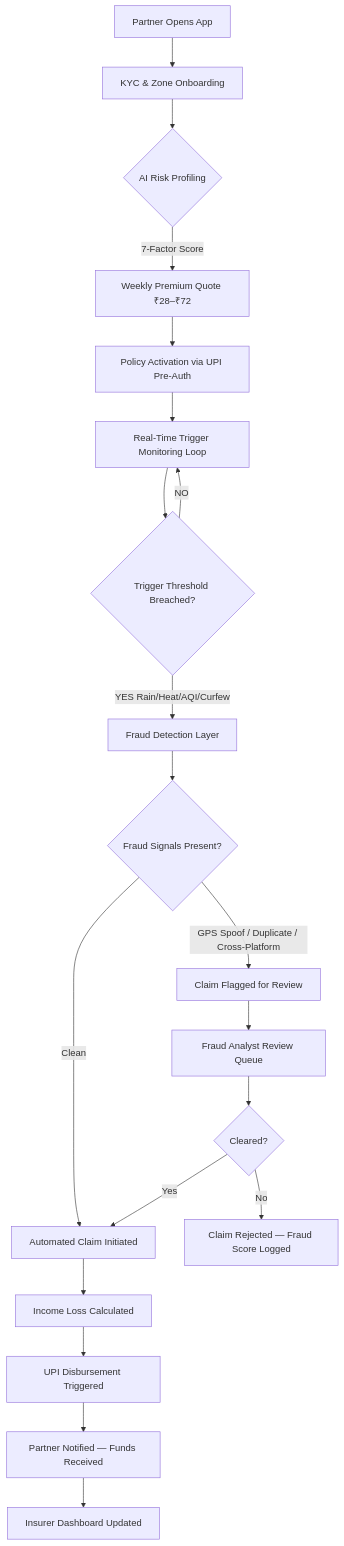
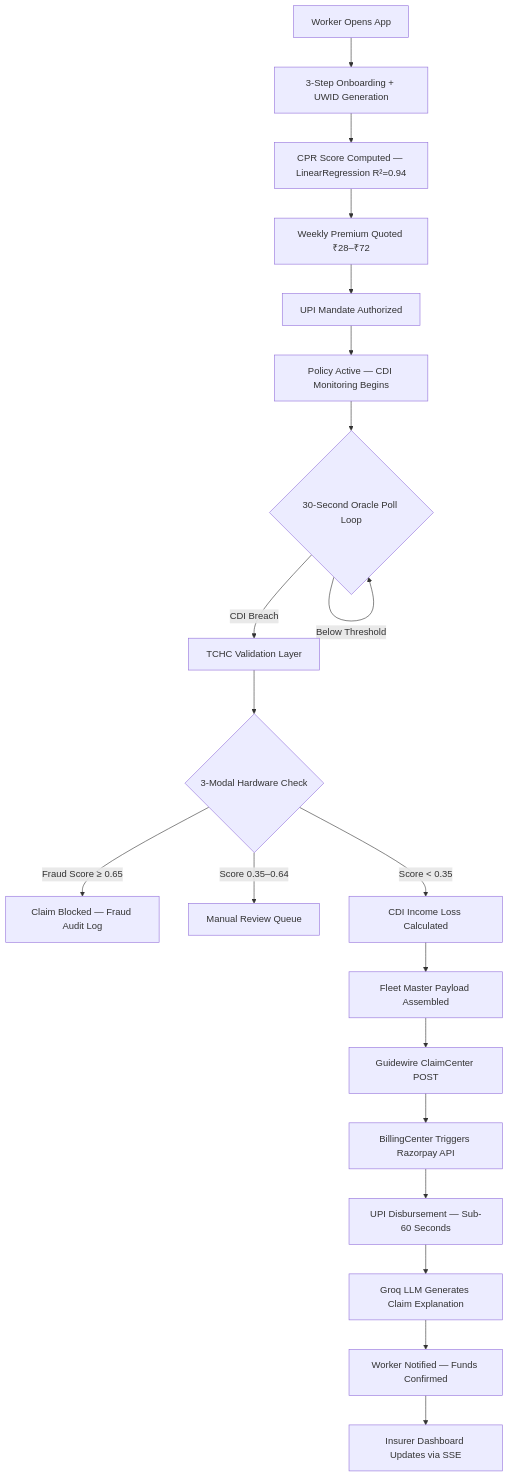
Before and after one commit to NavneethKonduru/CovA-Parametric-Income-Protection-Guidewire-Devtrails-2026: the diagram in README.md, drawn with Mermaid. The commit also changed other lines of this file and 34 other files, not shown here.

````diff
--- a/README.md
+++ b/README.md
@@ -95,26 +284,25 @@
 ```mermaid
 flowchart TD
-    A[Partner Opens App] --> B[KYC & Zone Onboarding]
-    B --> C{AI Risk Profiling}
-    C -->|7-Factor Score| D[Weekly Premium Quote ₹28–₹72]
-    D --> E[Policy Activation via UPI Pre-Auth]
-    E --> F[Real-Time Trigger Monitoring Loop]
+    A[Worker Opens App] --> B[3-Step Onboarding + UWID Generation]
+    B --> C[CPR Score Computed — LinearRegression R²=0.94]
+    C --> D[Weekly Premium Quoted ₹28–₹72]
+    D --> E[UPI Mandate Authorized]
+    E --> F[Policy Active — CDI Monitoring Begins]
 
-    F --> G{Trigger Threshold Breached?}
-    G -->|NO| F
-    G -->|YES Rain/Heat/AQI/Curfew| H[Fraud Detection Layer]
+    F --> G{30-Second Oracle Poll Loop}
+    G -->|Below Threshold| G
+    G -->|CDI Breach| H[TCHC Validation Layer]
 
-    H --> I{Fraud Signals Present?}
-    I -->|GPS Spoof / Duplicate / Cross-Platform| J[Claim Flagged for Review]
-    I -->|Clean| K[Automated Claim Initiated]
+    H --> I{3-Modal Hardware Check}
+    I -->|Fraud Score ≥ 0.65| J[Claim Blocked — Fraud Audit Log]
+    I -->|Score 0.35–0.64| K[Manual Review Queue]
+    I -->|Score < 0.35| L[CDI Income Loss Calculated]
 
-    K --> L[Income Loss Calculated]
-    L --> M[UPI Disbursement Triggered]
-    M --> N[Partner Notified — Funds Received]
-    N --> O[Insurer Dashboard Updated]
-
-    J --> P[Fraud Analyst Review Queue]
-    P --> Q{Cleared?}
-    Q -->|Yes| K
-    Q -->|No| R[Claim Rejected — Fraud Score Logged]
+    L --> M[Fleet Master Payload Assembled]
+    M --> N[Guidewire ClaimCenter POST]
+    N --> O[BillingCenter Triggers Razorpay API]
+    O --> P[UPI Disbursement — Sub-60 Seconds]
+    P --> Q[Groq LLM Generates Claim Explanation]
+    Q --> R[Worker Notified — Funds Confirmed]
+    R --> S[Insurer Dashboard Updates via SSE]
 ```
````
